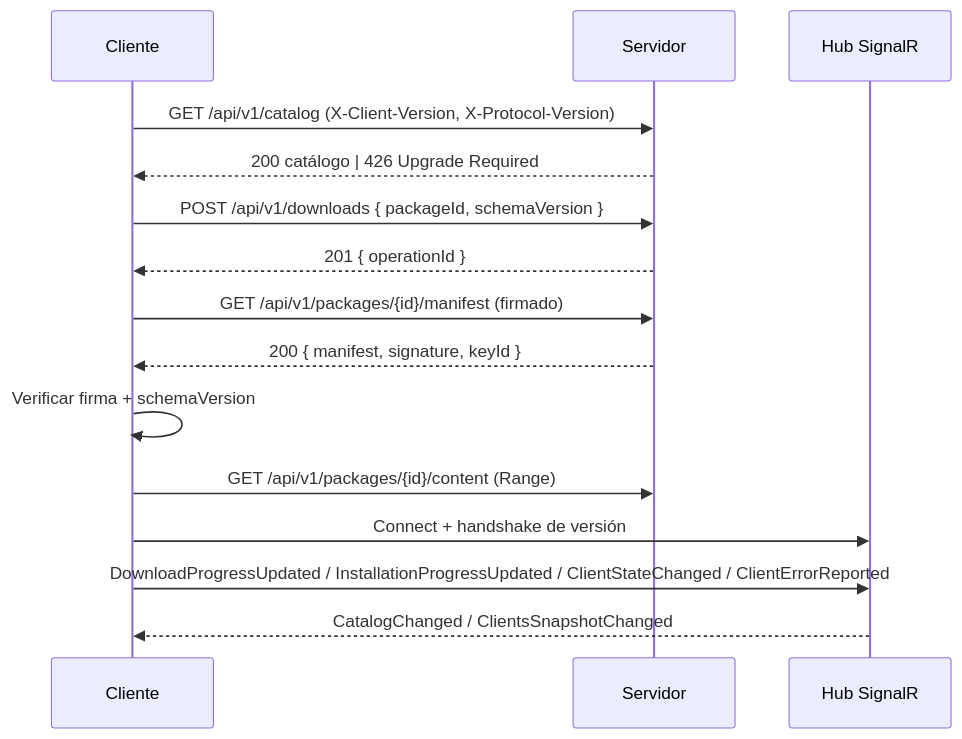
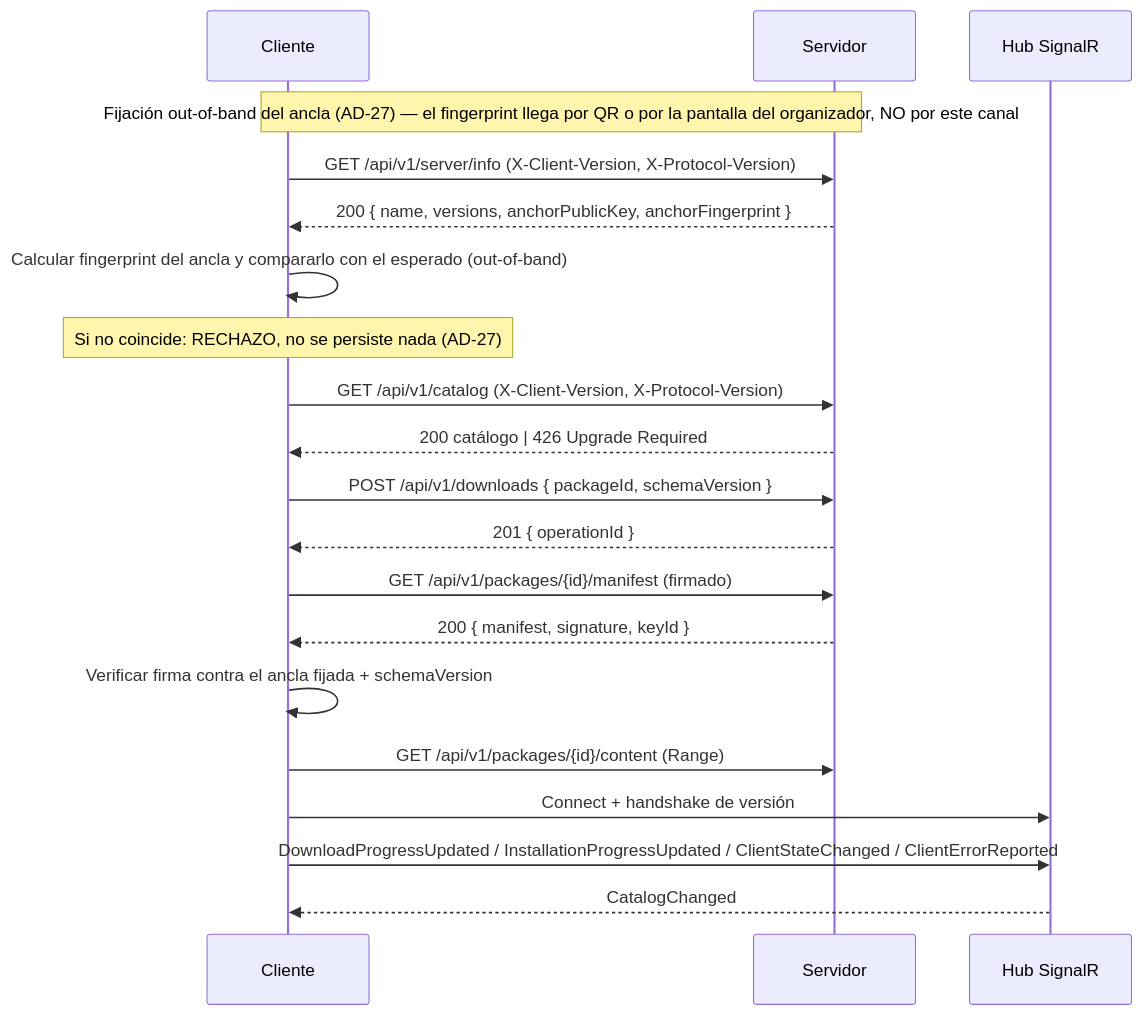
Before and after one commit to vertigo7x/lan-party-hub: the fourth of 10 diagrams in _bmad-output/planning-artifacts/architecture/architecture-lan-party-hub-2026-10-26/ARCHITECTURE-SPINE.md, drawn with Mermaid. The commit also changed other lines of this file and 4 other files, not shown here.

````diff
--- a/_bmad-output/planning-artifacts/architecture/architecture-lan-party-hub-2026-10-26/ARCHITECTURE-SPINE.md
+++ b/_bmad-output/planning-artifacts/architecture/architecture-lan-party-hub-2026-10-26/ARCHITECTURE-SPINE.md
@@ -444,18 +514,23 @@
 ```mermaid
 sequenceDiagram
     participant C as Cliente
     participant S as Servidor
     participant H as Hub SignalR
 
+    Note over C,S: Fijación out-of-band del ancla (AD-27) — el fingerprint llega por QR o por la pantalla del organizador, NO por este canal
+    C->>S: GET /api/v1/server/info (X-Client-Version, X-Protocol-Version)
+    S-->>C: 200 { name, versions, anchorPublicKey, anchorFingerprint }
+    C->>C: Calcular fingerprint del ancla y compararlo con el esperado (out-of-band)
+    Note over C: Si no coincide: RECHAZO, no se persiste nada (AD-27)
     C->>S: GET /api/v1/catalog (X-Client-Version, X-Protocol-Version)
     S-->>C: 200 catálogo | 426 Upgrade Required
     C->>S: POST /api/v1/downloads { packageId, schemaVersion }
     S-->>C: 201 { operationId }
     C->>S: GET /api/v1/packages/{id}/manifest (firmado)
     S-->>C: 200 { manifest, signature, keyId }
-    C->>C: Verificar firma + schemaVersion
+    C->>C: Verificar firma contra el ancla fijada + schemaVersion
     C->>S: GET /api/v1/packages/{id}/content (Range)
     C->>H: Connect + handshake de versión
     C->>H: DownloadProgressUpdated / InstallationProgressUpdated / ClientStateChanged / ClientErrorReported
-    H-->>C: CatalogChanged / ClientsSnapshotChanged
+    H-->>C: CatalogChanged
 ```
````
